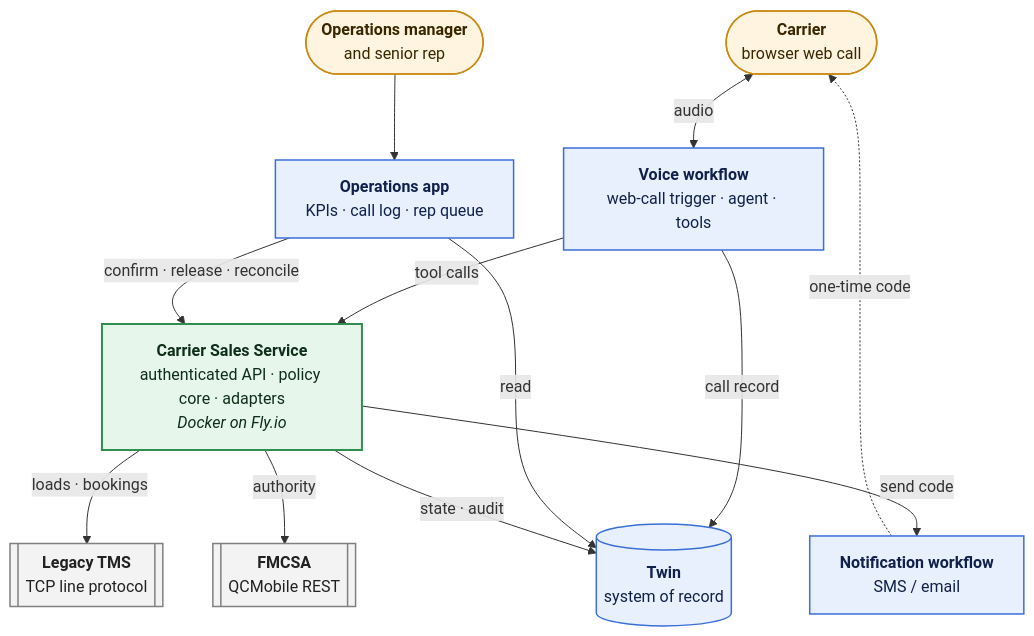
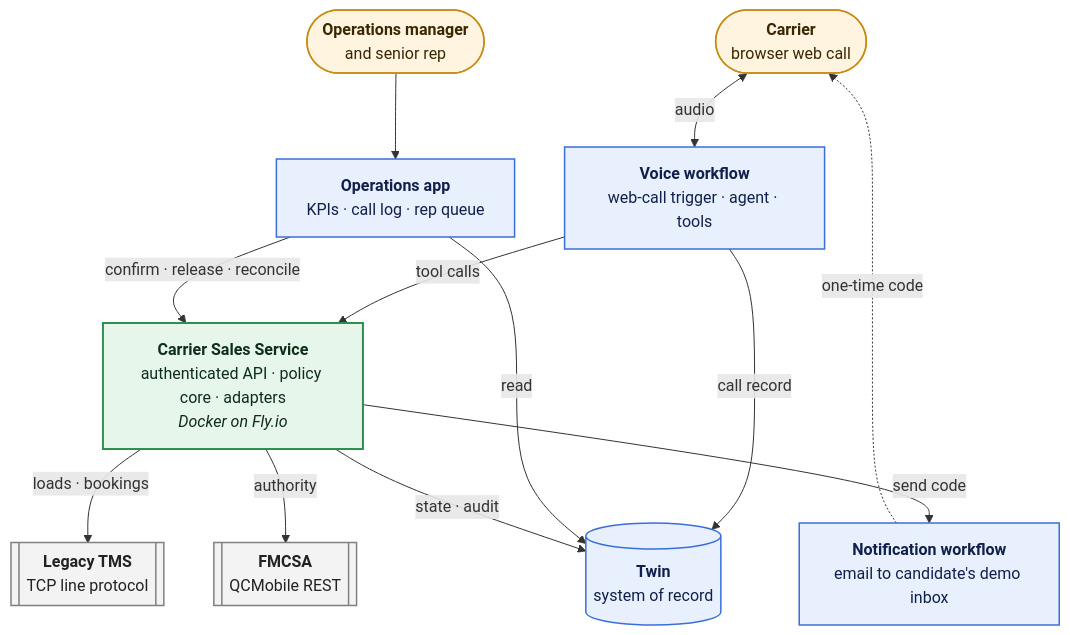
Before and after one commit to sgon0181/happyrobot-inbound-carrier-sales: the first of 3 diagrams in ARCHITECTURE.md, drawn with Mermaid. The commit also changed other lines of this file and 2 other files, not shown here.

Commit message:
docs: record Luke's clarifications and candidate assumptions

````diff
--- a/ARCHITECTURE.md
+++ b/ARCHITECTURE.md
@@ -35,36 +37,36 @@
 ```mermaid
 flowchart TB
     carrier(["<b>Carrier</b><br/>browser web call"])
     manager(["<b>Operations manager</b><br/>and senior rep"])
 
     voice["<b>Voice workflow</b><br/>web-call trigger · agent · tools"]
     app["<b>Operations app</b><br/>KPIs · call log · rep queue"]
 
     svc["<b>Carrier Sales Service</b><br/>authenticated API · policy core · adapters<br/><i>Docker on Fly.io</i>"]
 
     tms[["<b>Legacy TMS</b><br/>TCP line protocol"]]
     fmcsa[["<b>FMCSA</b><br/>QCMobile REST"]]
     twin[("<b>Twin</b><br/>system of record")]
-    notify["<b>Notification workflow</b><br/>SMS / email"]
+    notify["<b>Notification workflow</b><br/>email to candidate's demo inbox"]
 
     carrier <-->|audio| voice
     manager --> app
     voice -->|tool calls| svc
     app -->|"confirm · release · reconcile"| svc
     voice -->|call record| twin
     app -->|read| twin
     svc -->|"loads · bookings"| tms
     svc -->|authority| fmcsa
     svc -->|"state · audit"| twin
     svc -->|send code| notify
     notify -.->|one-time code| carrier
 
     classDef hr fill:#e8f0fe,stroke:#3b6fd8,stroke-width:1.5px,color:#10204a
     classDef svc fill:#e6f6ea,stroke:#2f8f4e,stroke-width:2px,color:#0f2e19
     classDef ext fill:#f3f3f3,stroke:#808080,stroke-width:1.5px,color:#222
     classDef person fill:#fff4e0,stroke:#c98a12,stroke-width:1.5px,color:#3a2700
     class voice,app,twin,notify hr
     class svc svc
     class tms,fmcsa ext
     class carrier,manager person
 ```
````
